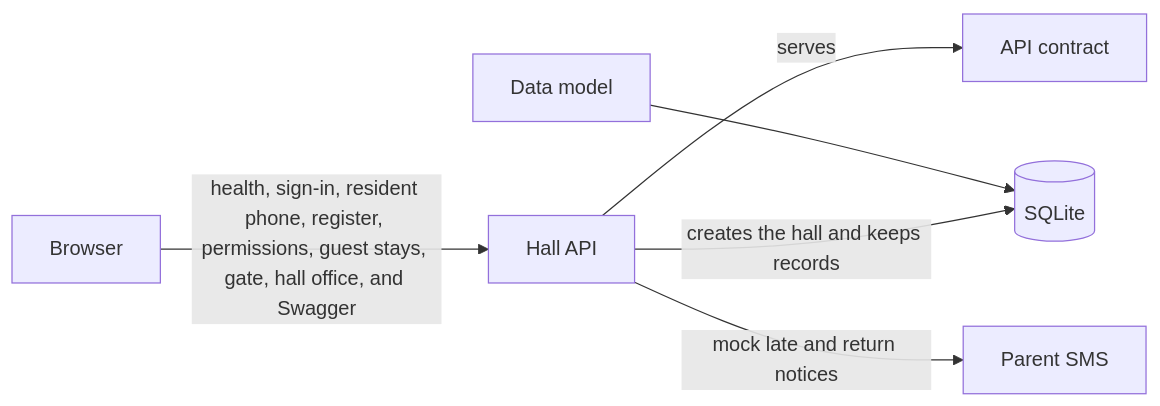
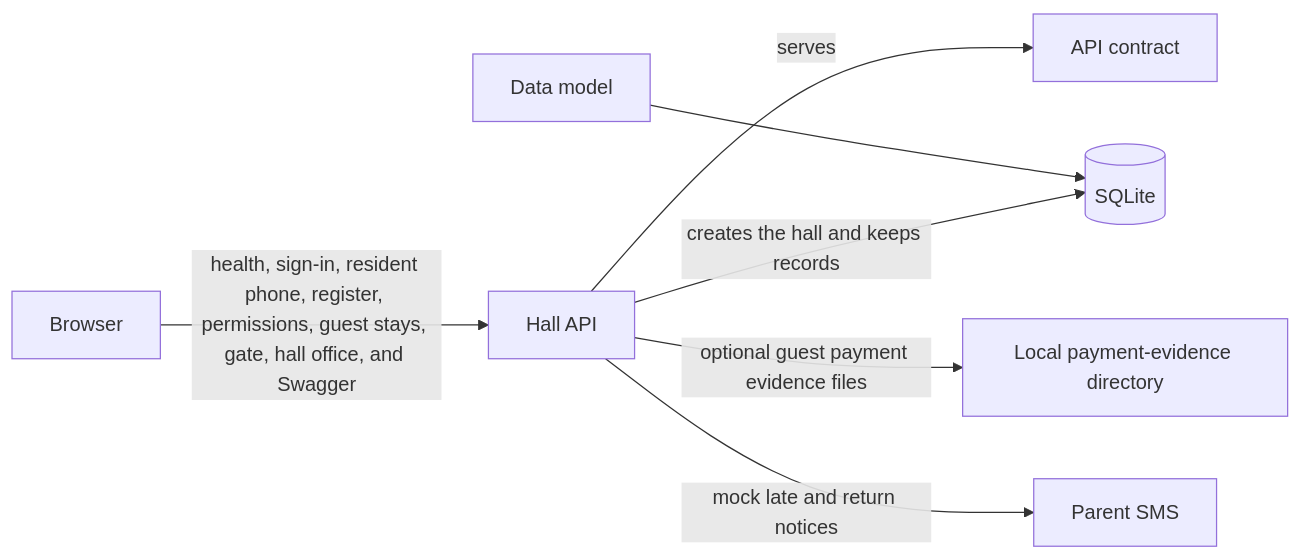
The diagram in docs/architecture/system-architecture.md (AbuIqbal123/BSJ-Hostel-Management), drawn with Mermaid before and after one commit. The commit also changed other lines of this file and 16 other files, not shown here.

First line of the commit message:
api: optional guest-stay payment evidence upload

````diff
--- a/docs/architecture/system-architecture.md
+++ b/docs/architecture/system-architecture.md
@@ -7,8 +7,9 @@
 ```mermaid
 flowchart LR
   browser["Browser"] -->|"health, sign-in, resident phone, register, permissions, guest stays, gate, hall office, and Swagger"| api["Hall API"]
   api -->|"serves"| contract["API contract"]
   model["Data model"] --> db[("SQLite")]
   api -->|"creates the hall and keeps records"| db
+  api -->|"optional guest payment evidence files"| evidence["Local payment-evidence directory"]
   api -->|"mock late and return notices"| sms["Parent SMS"]
 ```
````
